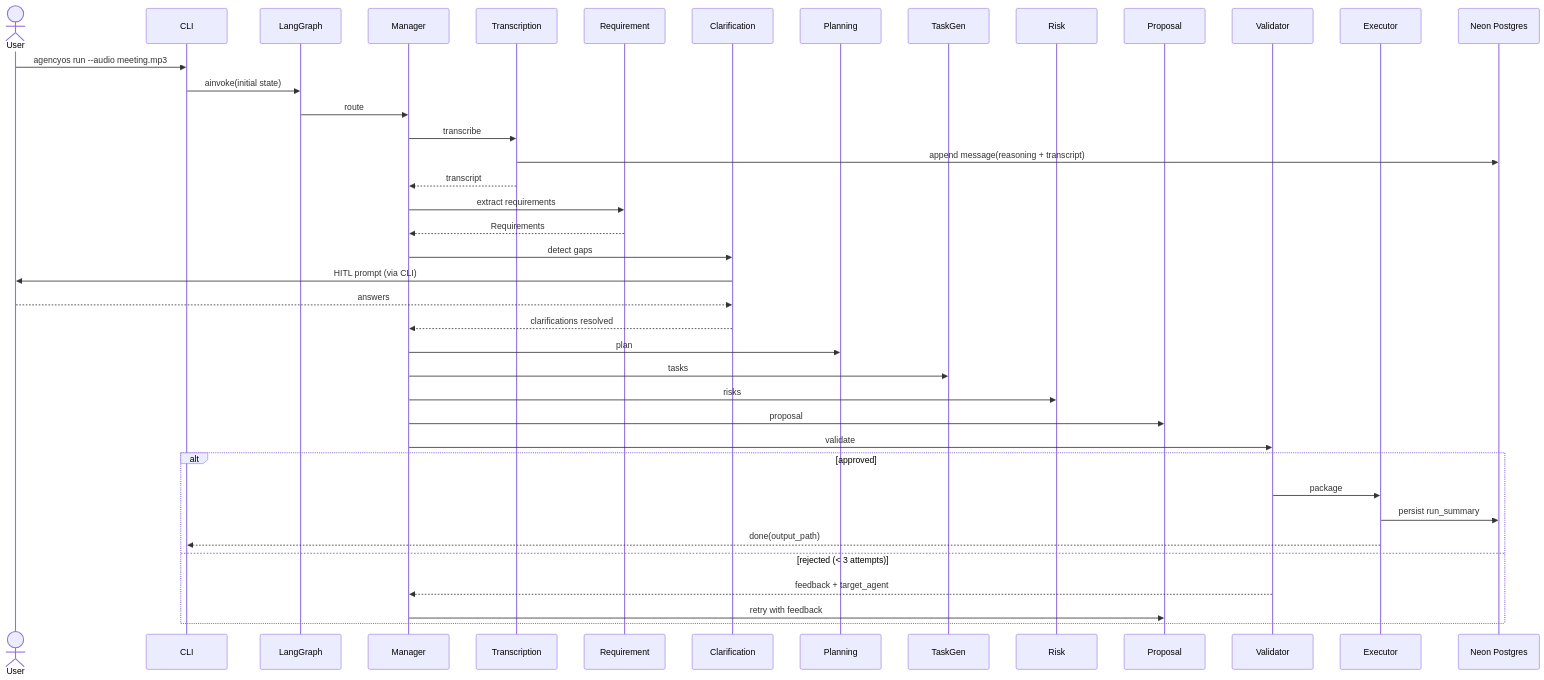
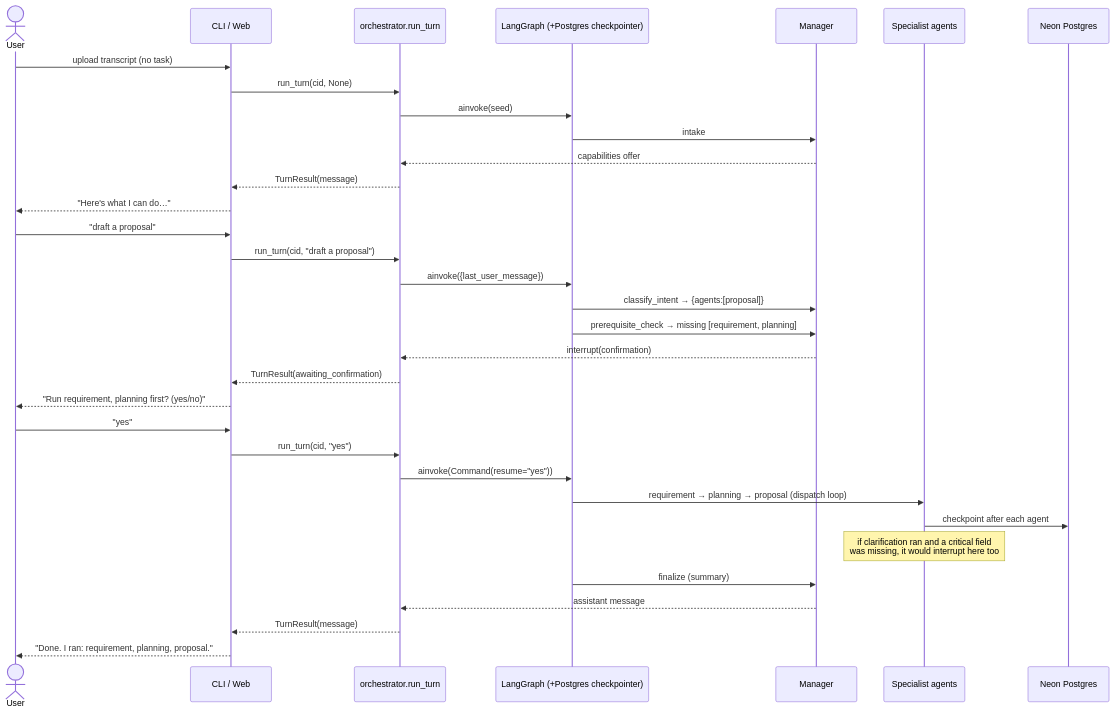
One commit to Abdulrahmanmoin/agency-operating-system-ai-agent changed the diagram in docs/sequence.md. Above: the diagram before and after it, drawn with Mermaid. The commit also changed other lines of this file and 36 other files, not shown here.

````diff
--- a/docs/sequence.md
+++ b/docs/sequence.md
@@ -3,43 +7,38 @@
 ```mermaid
 sequenceDiagram
     actor U as User
-    participant CLI
-    participant G as LangGraph
+    participant CLI as CLI / Web
+    participant O as orchestrator.run_turn
+    participant G as LangGraph (+Postgres checkpointer)
     participant M as Manager
-    participant T as Transcription
-    participant R as Requirement
-    participant C as Clarification
-    participant P as Planning
-    participant TG as TaskGen
-    participant Rk as Risk
-    participant Pr as Proposal
-    participant V as Validator
-    participant E as Executor
+    participant A as Specialist agents
     participant DB as Neon Postgres
 
-    U->>CLI: agencyos run --audio meeting.mp3
-    CLI->>G: ainvoke(initial state)
-    G->>M: route
-    M->>T: transcribe
-    T->>DB: append message(reasoning + transcript)
-    T-->>M: transcript
-    M->>R: extract requirements
-    R-->>M: Requirements
-    M->>C: detect gaps
-    C->>U: HITL prompt (via CLI)
-    U-->>C: answers
-    C-->>M: clarifications resolved
-    M->>P: plan
-    M->>TG: tasks
-    M->>Rk: risks
-    M->>Pr: proposal
-    M->>V: validate
-    alt approved
-        V->>E: package
-        E->>DB: persist run_summary
-        E-->>CLI: done(output_path)
-    else rejected (< 3 attempts)
-        V-->>M: feedback + target_agent
-        M->>Pr: retry with feedback
-    end
+    U->>CLI: upload transcript (no task)
+    CLI->>O: run_turn(cid, None)
+    O->>G: ainvoke(seed)
+    G->>M: intake
+    M-->>O: capabilities offer
+    O-->>CLI: TurnResult(message)
+    CLI-->>U: "Here's what I can do…"
+
+    U->>CLI: "draft a proposal"
+    CLI->>O: run_turn(cid, "draft a proposal")
+    O->>G: ainvoke({last_user_message})
+    G->>M: classify_intent → {agents:[proposal]}
+    G->>M: prerequisite_check → missing [requirement, planning]
+    M-->>O: interrupt(confirmation)
+    O-->>CLI: TurnResult(awaiting_confirmation)
+    CLI-->>U: "Run requirement, planning first? (yes/no)"
+
+    U->>CLI: "yes"
+    CLI->>O: run_turn(cid, "yes")
+    O->>G: ainvoke(Command(resume="yes"))
+    G->>A: requirement → planning → proposal (dispatch loop)
+    A->>DB: checkpoint after each agent
+    Note over A: if clarification ran and a critical field<br/>was missing, it would interrupt here too
+    G->>M: finalize (summary)
+    M-->>O: assistant message
+    O-->>CLI: TurnResult(message)
+    CLI-->>U: "Done. I ran: requirement, planning, proposal."
 ```
````
